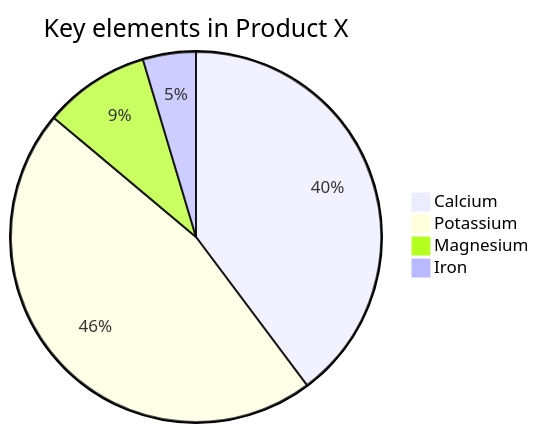
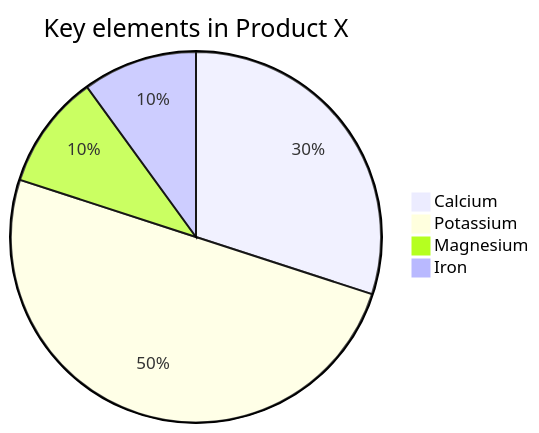
Before and after one commit to yusale9/student-showcase: the fifth of 5 diagrams in student-assignments/diagrams.md, drawn with Mermaid.

````diff
--- a/student-assignments/diagrams.md
+++ b/student-assignments/diagrams.md
@@ -48,8 +48,8 @@
 ```mermaid
    pie
     title Key elements in Product X
-    "Calcium" : 42.96
-    "Potassium" : 50.05
-    "Magnesium" : 10.01
-    "Iron" :  5
+    "Calcium" : 30
+    "Potassium" : 50
+    "Magnesium" : 10
+    "Iron" :  10
 ```
````
